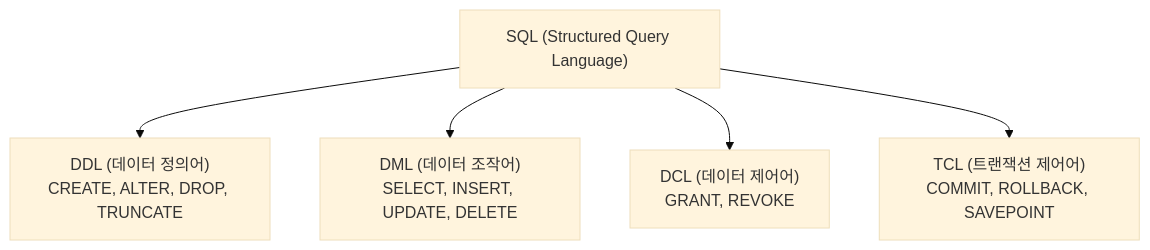
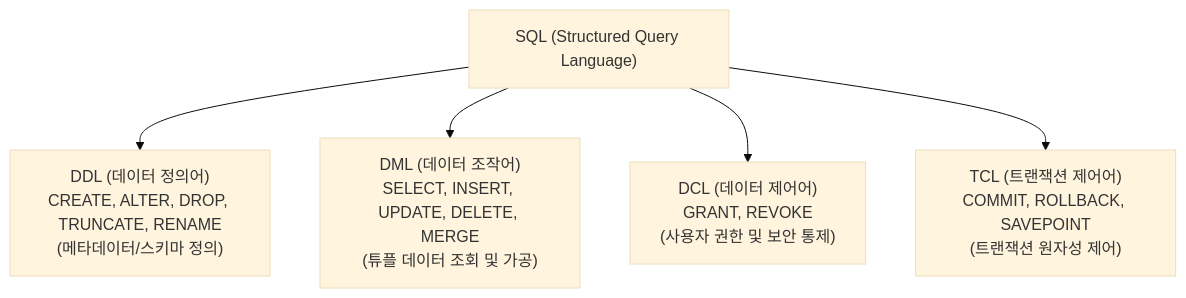
Before and after one commit to keimania/tech-notes: the sixth of 37 diagrams in 07_데이터베이스_기술.md, drawn with Mermaid (base theme). The commit also changed other lines of this file and 12 other files, not shown here.

````diff
--- a/07_데이터베이스_기술.md
+++ b/07_데이터베이스_기술.md
@@ -133,9 +195,9 @@
 ```mermaid
 flowchart TD
     SQL["SQL (Structured Query Language)"]
     
-    SQL --> DDL["DDL (데이터 정의어)<br/>CREATE, ALTER, DROP, TRUNCATE"]
-    SQL --> DML["DML (데이터 조작어)<br/>SELECT, INSERT, UPDATE, DELETE"]
-    SQL --> DCL["DCL (데이터 제어어)<br/>GRANT, REVOKE"]
-    SQL --> TCL["TCL (트랜잭션 제어어)<br/>COMMIT, ROLLBACK, SAVEPOINT"]
+    SQL --> DDL["DDL (데이터 정의어)<br/>CREATE, ALTER, DROP, TRUNCATE, RENAME<br/>(메타데이터/스키마 정의)"]
+    SQL --> DML["DML (데이터 조작어)<br/>SELECT, INSERT, UPDATE, DELETE, MERGE<br/>(튜플 데이터 조회 및 가공)"]
+    SQL --> DCL["DCL (데이터 제어어)<br/>GRANT, REVOKE<br/>(사용자 권한 및 보안 통제)"]
+    SQL --> TCL["TCL (트랜잭션 제어어)<br/>COMMIT, ROLLBACK, SAVEPOINT<br/>(트랜잭션 원자성 제어)"]
 ```
````
